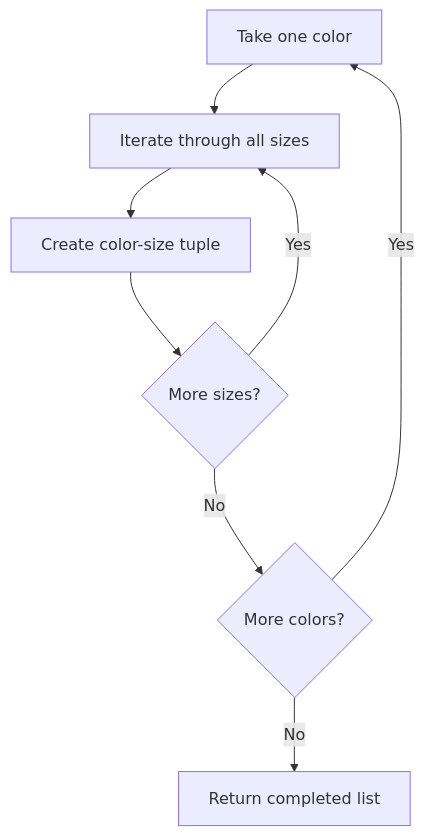
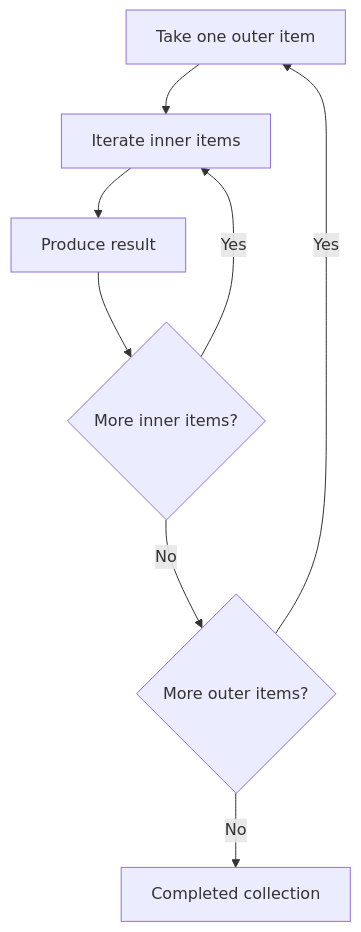
Before and after one commit to AvadhBhalodiya/Interview-Preparation: the second of 3 diagrams in src/content/python/comprehensions.md, drawn with Mermaid. The commit also changed other lines of this file and 80 other files, not shown here.

````diff
--- a/src/content/python/comprehensions.md
+++ b/src/content/python/comprehensions.md
@@ -466,10 +265,10 @@
 ```mermaid
 flowchart TD
-    A[Take one color] --> B[Iterate through all sizes]
-    B --> C[Create color-size tuple]
-    C --> D{More sizes?}
+    A[Take one outer item] --> B[Iterate inner items]
+    B --> C[Produce result]
+    C --> D{More inner items?}
     D -- Yes --> B
-    D -- No --> E{More colors?}
+    D -- No --> E{More outer items?}
     E -- Yes --> A
-    E -- No --> F[Return completed list]
+    E -- No --> F[Completed collection]
 ```
````
